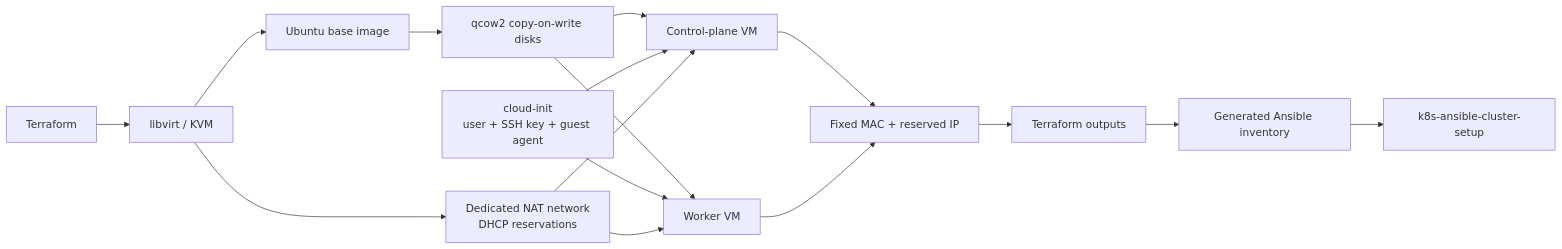
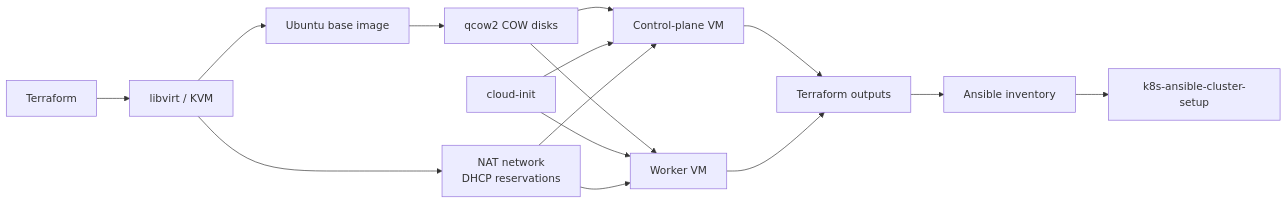
Before and after one commit to edimatt/k8s-terraform-cluster-setup: the diagram in README.md, drawn with Mermaid. The commit also changed other lines of this file and 4 other files, not shown here.

````diff
--- a/README.md
+++ b/README.md
@@ -66,18 +17,23 @@
 ```mermaid
 flowchart LR
     TF["Terraform"] --> LV["libvirt / KVM"]
-    LV --> NET["Dedicated NAT network<br/>DHCP reservations"]
+
+    LV --> NET["NAT network<br/>DHCP reservations"]
     LV --> IMG["Ubuntu base image"]
-    IMG --> DISKS["qcow2 copy-on-write disks"]
+
+    IMG --> DISKS["qcow2 COW disks"]
     DISKS --> CP["Control-plane VM"]
     DISKS --> WK["Worker VM"]
-    CI["cloud-init<br/>user + SSH key + guest agent"] --> CP
+
+    CI["cloud-init"] --> CP
     CI --> WK
+
     NET --> CP
     NET --> WK
-    CP --> ID["Fixed MAC + reserved IP"]
-    WK --> ID
-    ID --> OUT["Terraform outputs"]
-    OUT --> INV["Generated Ansible inventory"]
-    INV --> EXT["k8s-ansible-cluster-setup"]
+
+    CP --> OUT["Terraform outputs"]
+    WK --> OUT
+
+    OUT --> INV["Ansible inventory"]
+    INV --> ANS["k8s-ansible-cluster-setup"]
 ```
````
